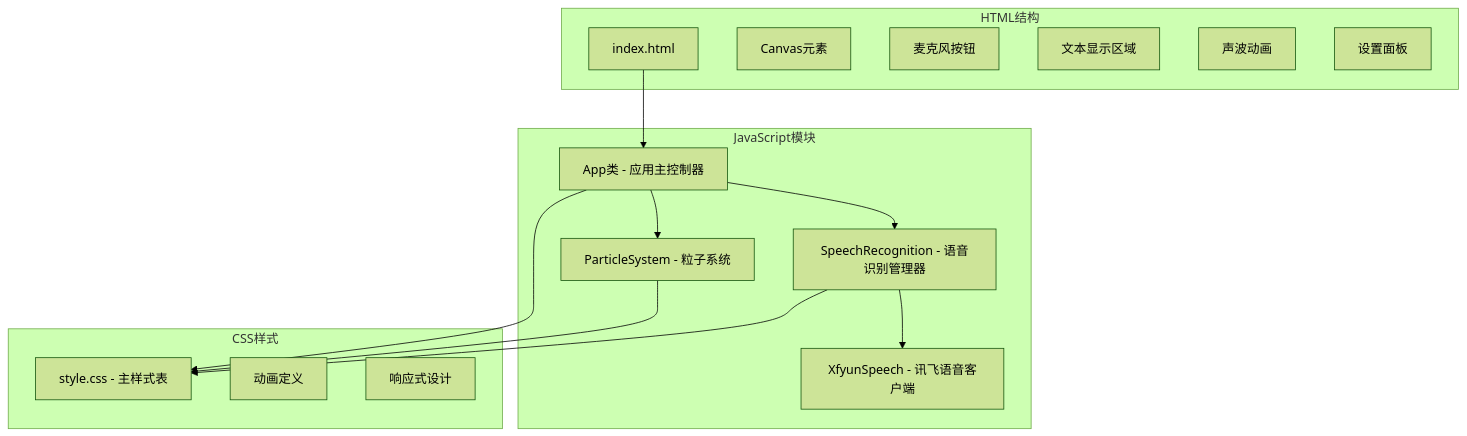
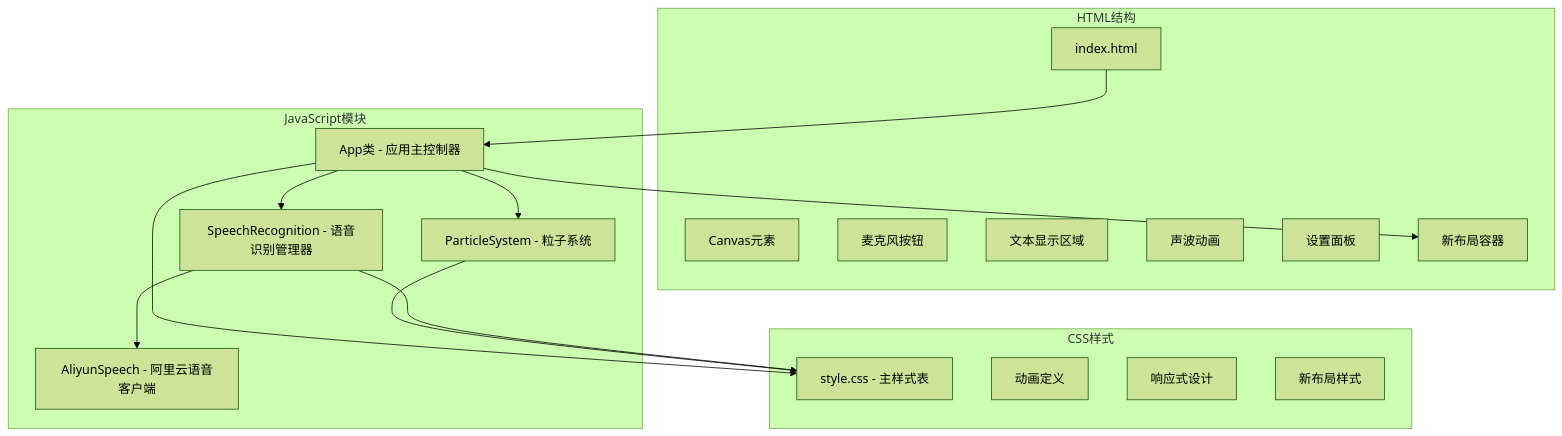
The first of 8 diagrams in .qoder/repowiki/zh/content/故障排除指南/界面交互问题.md (db300/MySpeechRecognition), drawn with Mermaid (forest theme) before and after one commit. The commit also changed other lines of this file and 15 other files, not shown here.

````diff
--- a/.qoder/repowiki/zh/content/故障排除指南/界面交互问题.md
+++ b/.qoder/repowiki/zh/content/故障排除指南/界面交互问题.md
@@ -33,29 +40,32 @@
 ```mermaid
 graph TB
 subgraph "HTML结构"
 HTML[index.html]
 Canvas[Canvas元素]
 MicButton[麦克风按钮]
 Transcript[文本显示区域]
 Waveform[声波动画]
 Settings[设置面板]
+NewLayout[新布局容器]
 end
 subgraph "JavaScript模块"
 App[App类 - 应用主控制器]
 Speech[SpeechRecognition - 语音识别管理器]
 Particles[ParticleSystem - 粒子系统]
-Xfyun[XfyunSpeech - 讯飞语音客户端]
+Aliyun[AliyunSpeech - 阿里云语音客户端]
 end
 subgraph "CSS样式"
 Style[style.css - 主样式表]
 Animations[动画定义]
 Responsive[响应式设计]
+NewStyles[新布局样式]
 end
 HTML --> App
 App --> Speech
 App --> Particles
-Speech --> Xfyun
+Speech --> Aliyun
 App --> Style
 Particles --> Style
 Speech --> Style
+App --> NewLayout
 ```
````
